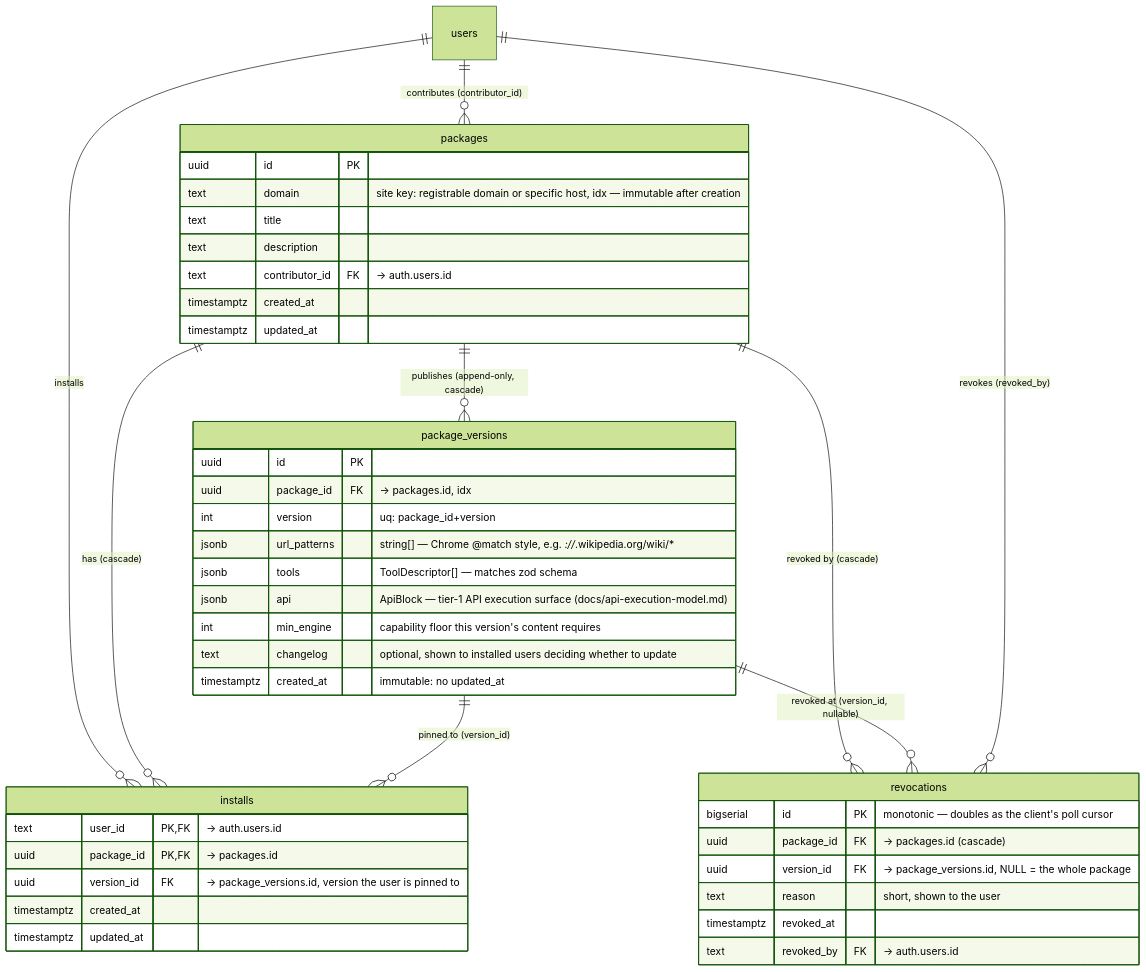
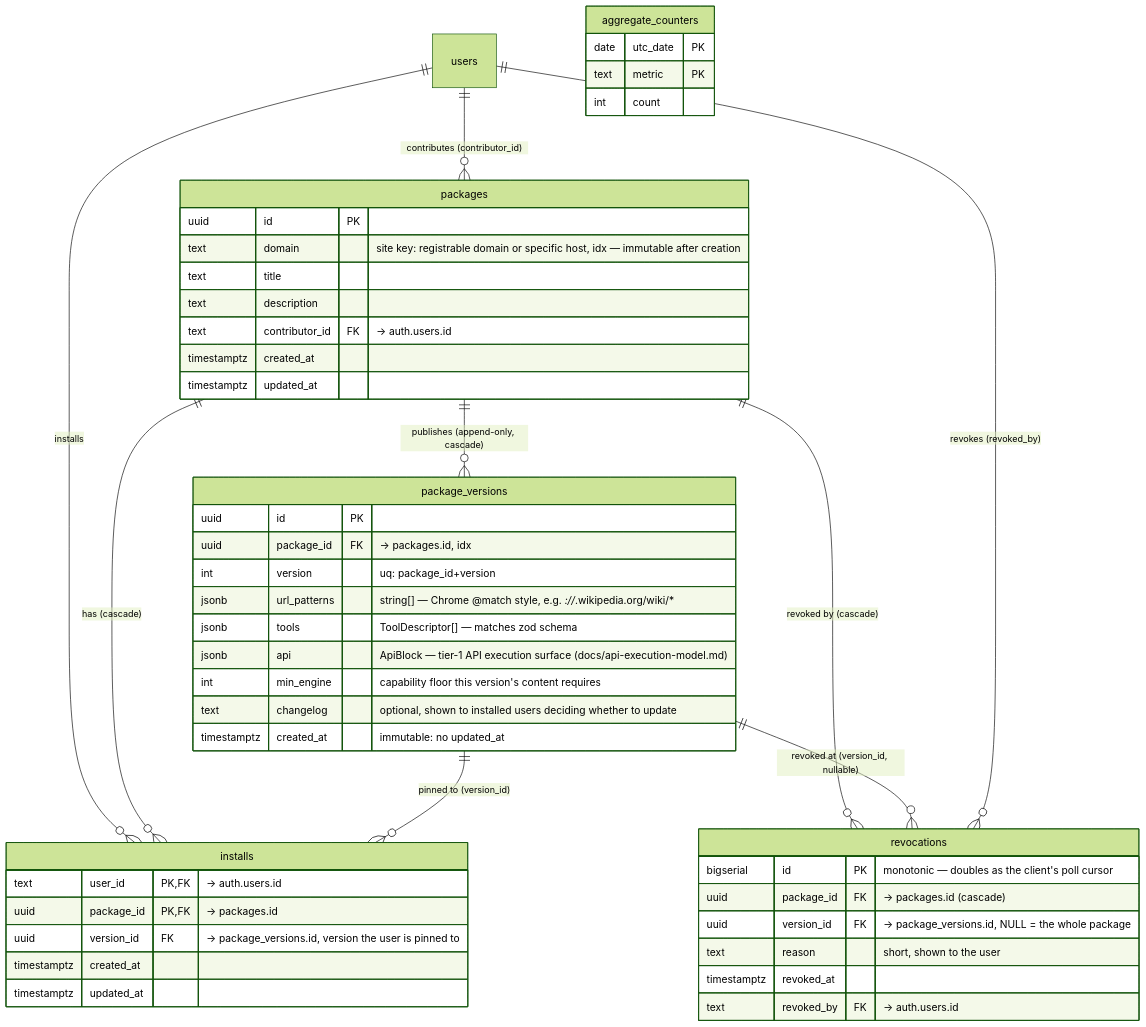
The first of 2 diagrams in docs/erd.md (robertn702/webmcp-today), drawn with Mermaid (forest theme) before and after one commit. The commit also changed other lines of this file and 21 other files, not shown here.

Commit message:
feat(web): add aggregate activation counters

````diff
--- a/docs/erd.md
+++ b/docs/erd.md
@@ -15,50 +15,56 @@
 ```mermaid
 erDiagram
     users ||--o{ packages : "contributes (contributor_id)"
     users ||--o{ installs : installs
     packages ||--o{ package_versions : "publishes (append-only, cascade)"
     packages ||--o{ installs : "has (cascade)"
     package_versions ||--o{ installs : "pinned to (version_id)"
     packages ||--o{ revocations : "revoked by (cascade)"
     package_versions ||--o{ revocations : "revoked at (version_id, nullable)"
     users ||--o{ revocations : "revokes (revoked_by)"
 
     packages {
         uuid id PK
         text domain "site key: registrable domain or specific host, idx — immutable after creation"
         text title
         text description
         text contributor_id FK "-> auth.users.id"
         timestamptz created_at
         timestamptz updated_at
     }
 
     package_versions {
         uuid id PK
         uuid package_id FK "-> packages.id, idx"
         int version "uq: package_id+version"
         jsonb url_patterns "string[] — Chrome @match style, e.g. *://*.wikipedia.org/wiki/*"
         jsonb tools "ToolDescriptor[] — matches zod schema"
         jsonb api "ApiBlock — tier-1 API execution surface (docs/api-execution-model.md)"
         int min_engine "capability floor this version's content requires"
         text changelog "optional, shown to installed users deciding whether to update"
         timestamptz created_at "immutable: no updated_at"
     }
 
     installs {
         text user_id PK,FK "-> auth.users.id"
         uuid package_id PK,FK "-> packages.id"
         uuid version_id FK "-> package_versions.id, version the user is pinned to"
         timestamptz created_at
         timestamptz updated_at
     }
 
     revocations {
         bigserial id PK "monotonic — doubles as the client's poll cursor"
         uuid package_id FK "-> packages.id (cascade)"
         uuid version_id FK "-> package_versions.id, NULL = the whole package"
         text reason "short, shown to the user"
         timestamptz revoked_at
         text revoked_by FK "-> auth.users.id"
     }
+
+    aggregate_counters {
+        date utc_date PK
+        text metric PK
+        int count
+    }
 ```
````
